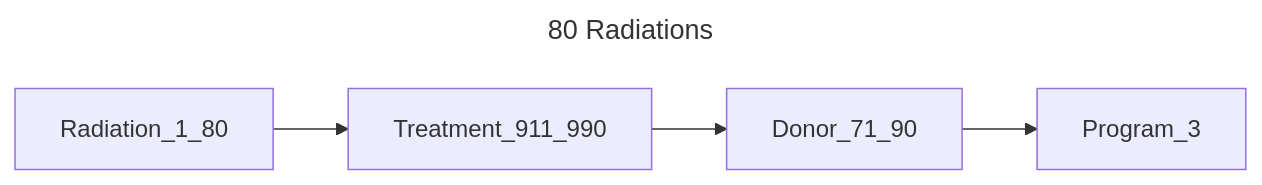
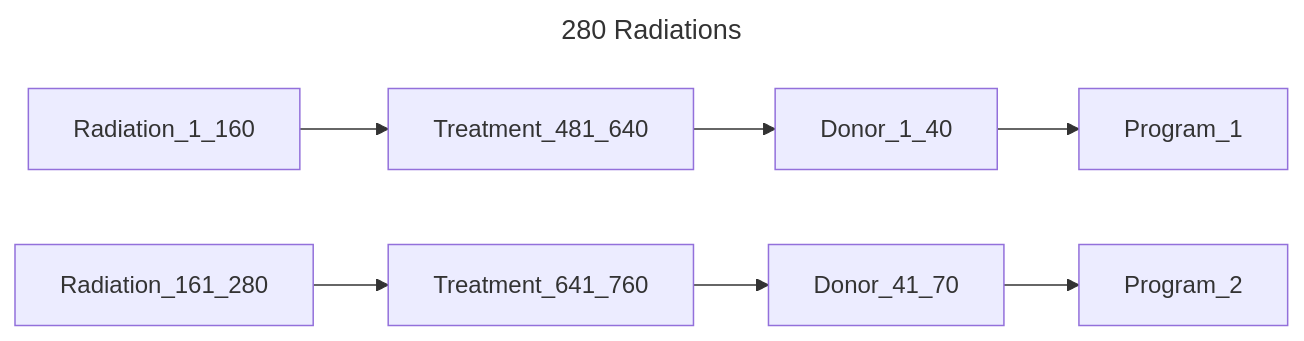
The ninth of 14 diagrams in chord_metadata_service/mohpackets/data/medium_dataset/README.md (bento-platform/katsu), drawn with Mermaid before and after one commit. The commit also changed other lines of this file, not shown here.

````diff
--- a/chord_metadata_service/mohpackets/data/medium_dataset/README.md
+++ b/chord_metadata_service/mohpackets/data/medium_dataset/README.md
@@ -108,7 +107,8 @@
 ```mermaid
 ---
-title: 80 Radiations
+title: 280 Radiations
 ---
 graph LR;  
-  Radiation_1_80 --> Treatment_911_990 --> Donor_71_90 --> Program_3;
+  Radiation_1_160 --> Treatment_481_640 --> Donor_1_40 --> Program_1;
+  Radiation_161_280 --> Treatment_641_760 --> Donor_41_70 --> Program_2;
 ```
````
